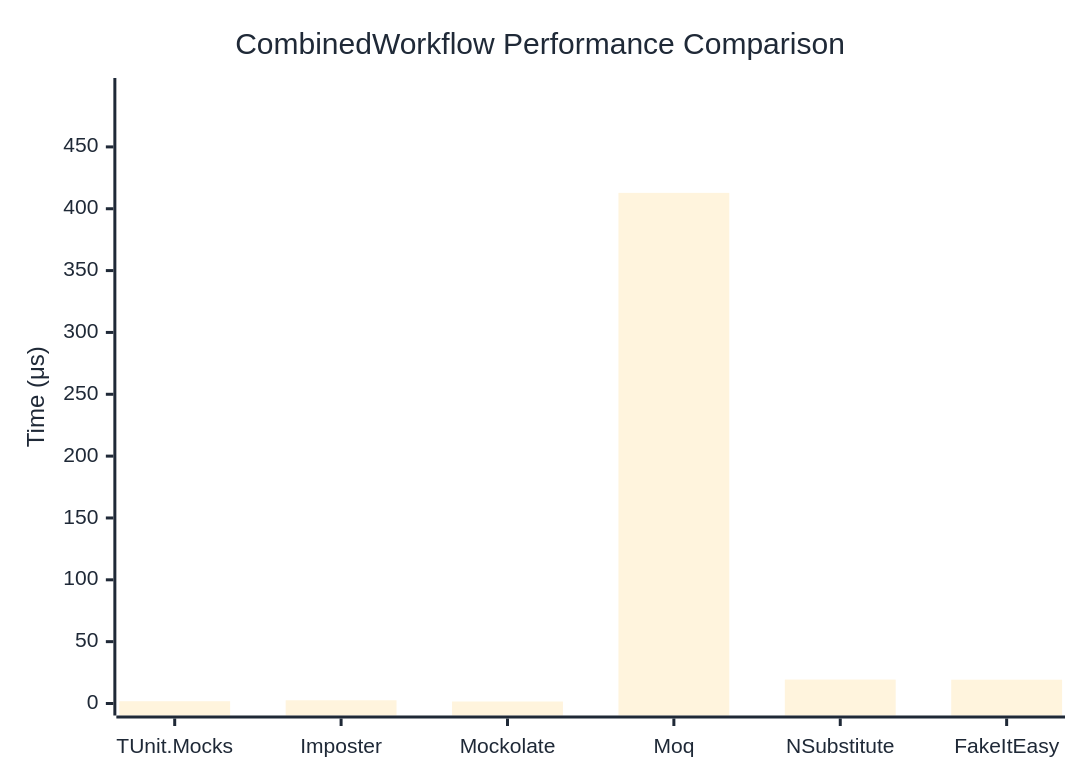
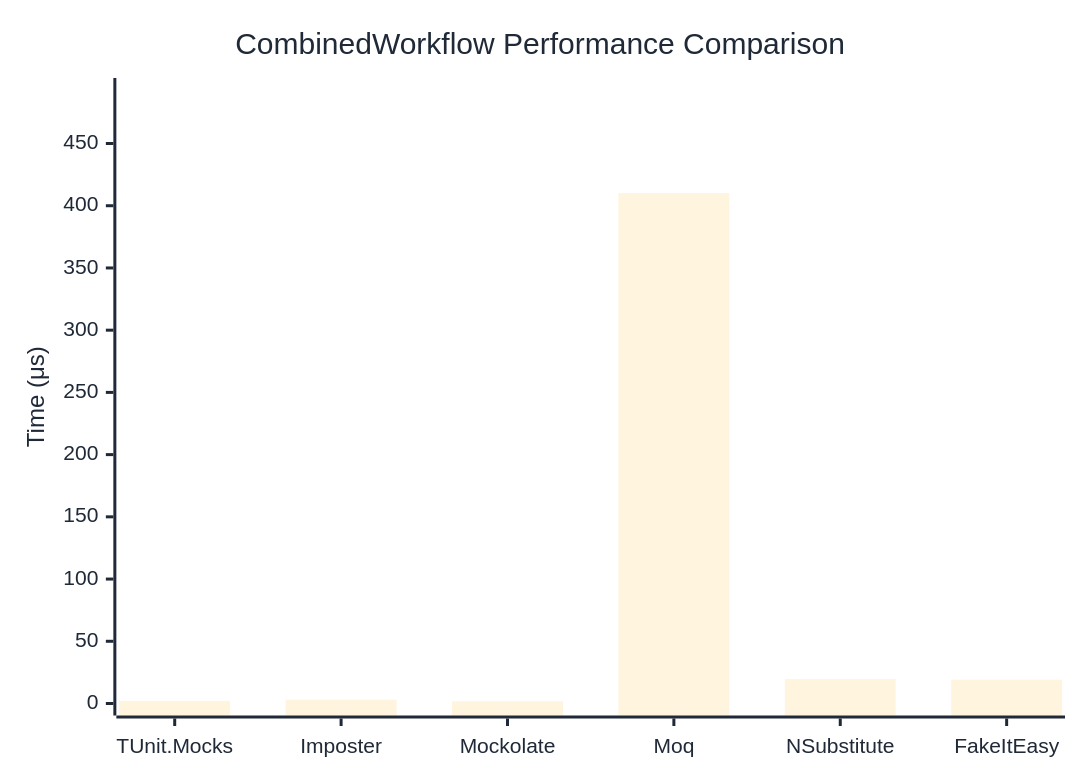
Before and after one commit to thomhurst/TUnit: the diagram in docs/docs/benchmarks/mocks/CombinedWorkflow.md, drawn with Mermaid. The commit also changed other lines of this file and 14 other files, not shown here.

````diff
--- a/docs/docs/benchmarks/mocks/CombinedWorkflow.md
+++ b/docs/docs/benchmarks/mocks/CombinedWorkflow.md
@@ -30,27 +30,27 @@
 ```mermaid
 %%{init: {
   'theme':'base',
   'themeVariables': {
     'primaryColor': '#2563eb',
     'primaryTextColor': '#1f2937',
     'primaryBorderColor': '#1e40af',
     'lineColor': '#6b7280',
     'secondaryColor': '#7c3aed',
     'tertiaryColor': '#dc2626',
     'background': '#ffffff',
     'pie1': '#2563eb',
     'pie2': '#7c3aed',
     'pie3': '#dc2626',
     'pie4': '#f59e0b',
     'pie5': '#10b981',
     'pie6': '#06b6d4',
     'pie7': '#ec4899',
     'pie8': '#6366f1'
   }
 }}%%
 xychart-beta
   title "CombinedWorkflow Performance Comparison"
   x-axis ["TUnit.Mocks", "Imposter", "Mockolate", "Moq", "NSubstitute", "FakeItEasy"]
-  y-axis "Time (μs)" 0 --> 496
-  bar [1.845, 2.595, 1.615, 412.817, 19.352, 19.245]
+  y-axis "Time (μs)" 0 --> 493
+  bar [2.129, 3.051, 1.834, 410.226, 19.563, 19.125]
 ```
````
